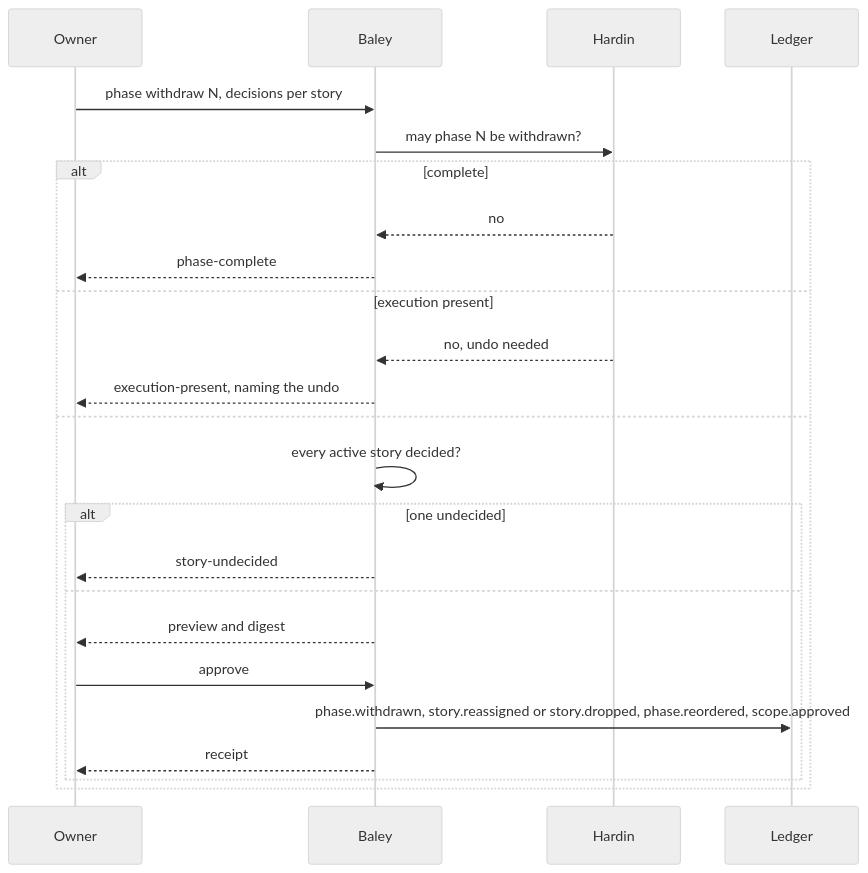
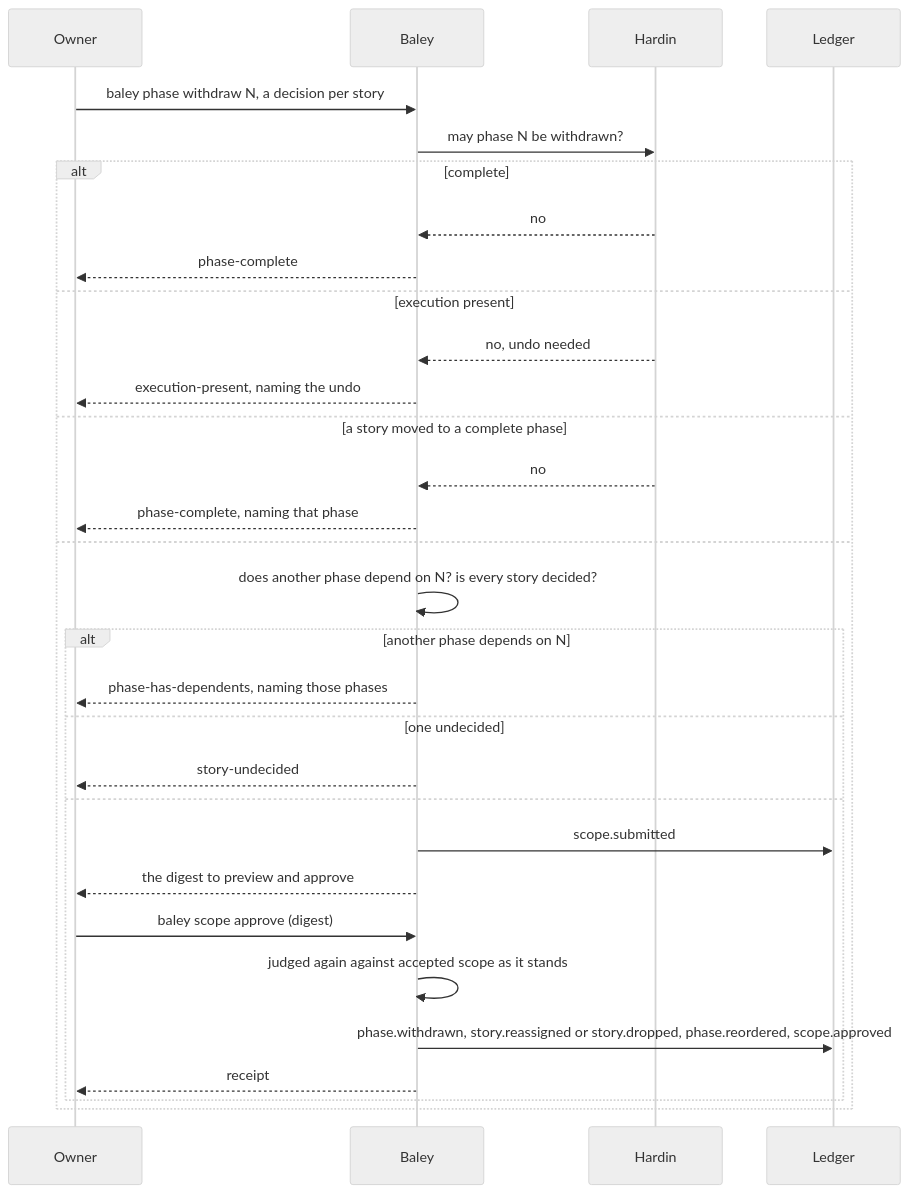
The fifth of 5 diagrams in docs/design/0004-starting-a-project-and-changing-scope.md (jcrenshaw-dev/baley), drawn with Mermaid (neutral theme) before and after one commit. The commit also changed other lines of this file, not shown here.

First line of the commit message:
docs(design): bring design 0004's figures and build status to the scope changes

````diff
--- a/docs/design/0004-starting-a-project-and-changing-scope.md
+++ b/docs/design/0004-starting-a-project-and-changing-scope.md
@@ -467,26 +469,33 @@
 ```mermaid
 sequenceDiagram
   participant O as Owner
   participant B as Baley
   participant D as Hardin
   participant L as Ledger
-  O->>B: phase withdraw N, decisions per story
+  O->>B: baley phase withdraw N, a decision per story
   B->>D: may phase N be withdrawn?
   alt complete
     D-->>B: no
     B-->>O: phase-complete
   else execution present
     D-->>B: no, undo needed
     B-->>O: execution-present, naming the undo
+  else a story moved to a complete phase
+    D-->>B: no
+    B-->>O: phase-complete, naming that phase
   else
-    B->>B: every active story decided?
-    alt one undecided
+    B->>B: does another phase depend on N? is every story decided?
+    alt another phase depends on N
+      B-->>O: phase-has-dependents, naming those phases
+    else one undecided
       B-->>O: story-undecided
     else
-      B-->>O: preview and digest
-      O->>B: approve
+      B->>L: scope.submitted
+      B-->>O: the digest to preview and approve
+      O->>B: baley scope approve (digest)
+      B->>B: judged again against accepted scope as it stands
       B->>L: phase.withdrawn, story.reassigned or story.dropped, phase.reordered, scope.approved
       B-->>O: receipt
     end
   end
 ```
````
